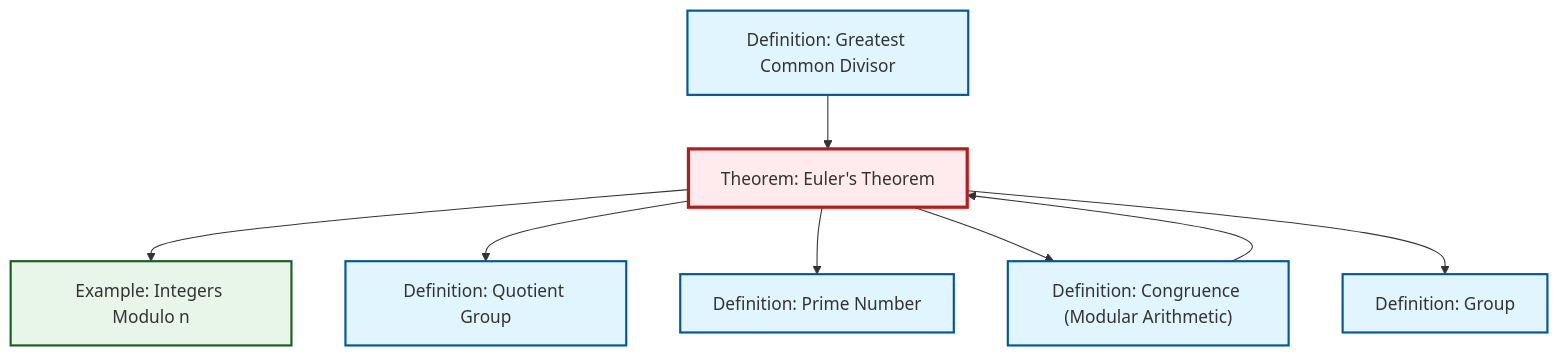
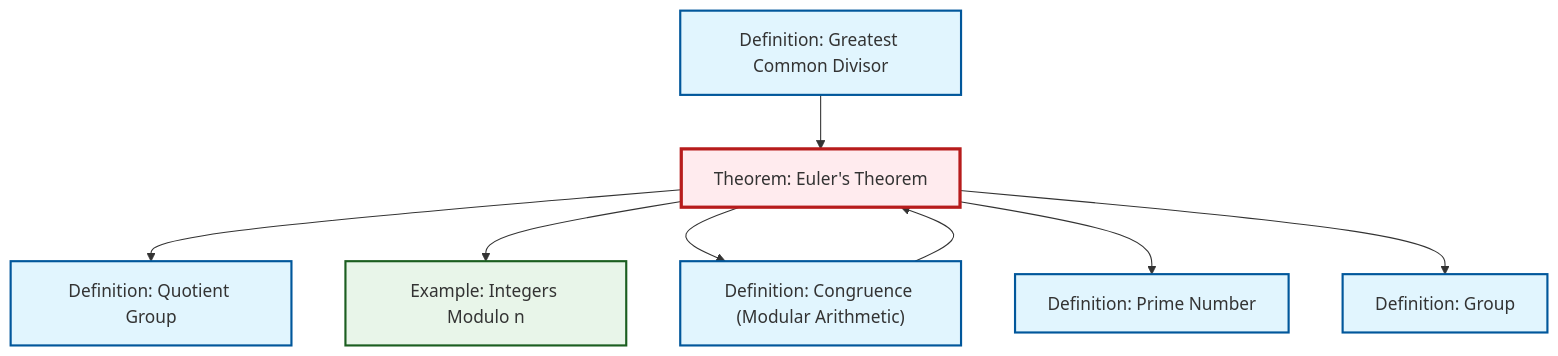
Before and after one commit to RK0429/ModernMath: the diagram in content/ja/number-theory/thm-euler.qmd, drawn with Mermaid. The commit also changed other lines of this file and 474 other files, not shown here.

````diff
--- a/content/ja/number-theory/thm-euler.qmd
+++ b/content/ja/number-theory/thm-euler.qmd
@@ -52,30 +52,30 @@
 ```{mermaid}
 %%| fig-cap: "Local dependency graph"
 graph TD
     classDef definition fill:#e1f5fe,stroke:#01579b,stroke-width:2px
     classDef theorem fill:#f3e5f5,stroke:#4a148c,stroke-width:2px
     classDef axiom fill:#fff3e0,stroke:#e65100,stroke-width:2px
     classDef example fill:#e8f5e9,stroke:#1b5e20,stroke-width:2px
     classDef current fill:#ffebee,stroke:#b71c1c,stroke-width:3px
+    thm-euler["Theorem: Euler's Theorem"]:::theorem
+    def-quotient-group["Definition: Quotient Group"]:::definition
+    def-prime["Definition: Prime Number"]:::definition
     ex-quotient-integers-mod-n["Example: Integers Modulo n"]:::example
+    def-gcd["Definition: Greatest Common Divisor"]:::definition
+    def-congruence["Definition: Congruence (Modular Arithmetic)"]:::definition
     def-group["Definition: Group"]:::definition
-    def-prime["Definition: Prime Number"]:::definition
-    def-quotient-group["Definition: Quotient Group"]:::definition
-    def-gcd["Definition: Greatest Common Divisor"]:::definition
-    thm-euler["Theorem: Euler's Theorem"]:::theorem
-    def-congruence["Definition: Congruence (Modular Arithmetic)"]:::definition
+    def-congruence --> thm-euler
     def-gcd --> thm-euler
+    thm-euler --> def-quotient-group
     thm-euler --> ex-quotient-integers-mod-n
-    thm-euler --> def-quotient-group
+    thm-euler --> def-congruence
     thm-euler --> def-prime
-    thm-euler --> def-congruence
-    def-congruence --> thm-euler
     thm-euler --> def-group
     class thm-euler current
+    click def-quotient-group "def-quotient-group.html" "Definition: Quotient Groupへ"
+    click def-prime "def-prime.html" "Definition: Prime Numberへ"
     click ex-quotient-integers-mod-n "ex-quotient-integers-mod-n.html" "Example: Integers Modulo nへ"
-    click def-group "def-group.html" "Definition: Groupへ"
-    click def-prime "def-prime.html" "Definition: Prime Numberへ"
-    click def-quotient-group "def-quotient-group.html" "Definition: Quotient Groupへ"
     click def-gcd "def-gcd.html" "Definition: Greatest Common Divisorへ"
     click def-congruence "def-congruence.html" "Definition: Congruence (Modular Arithmetic)へ"
+    click def-group "def-group.html" "Definition: Groupへ"
 ```
````
